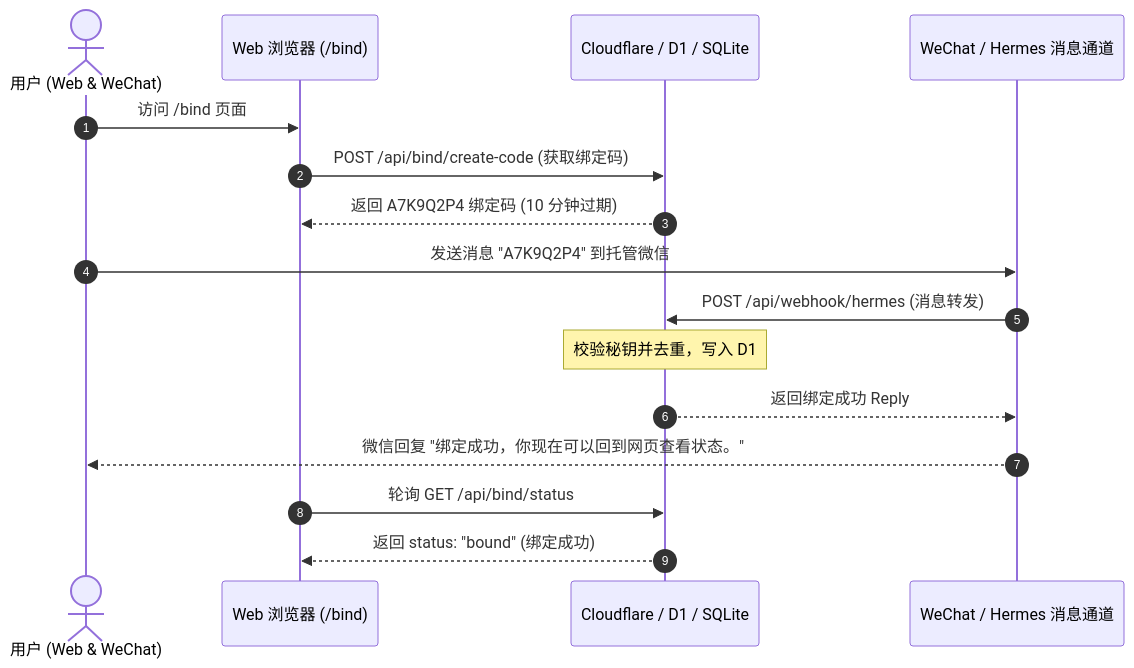
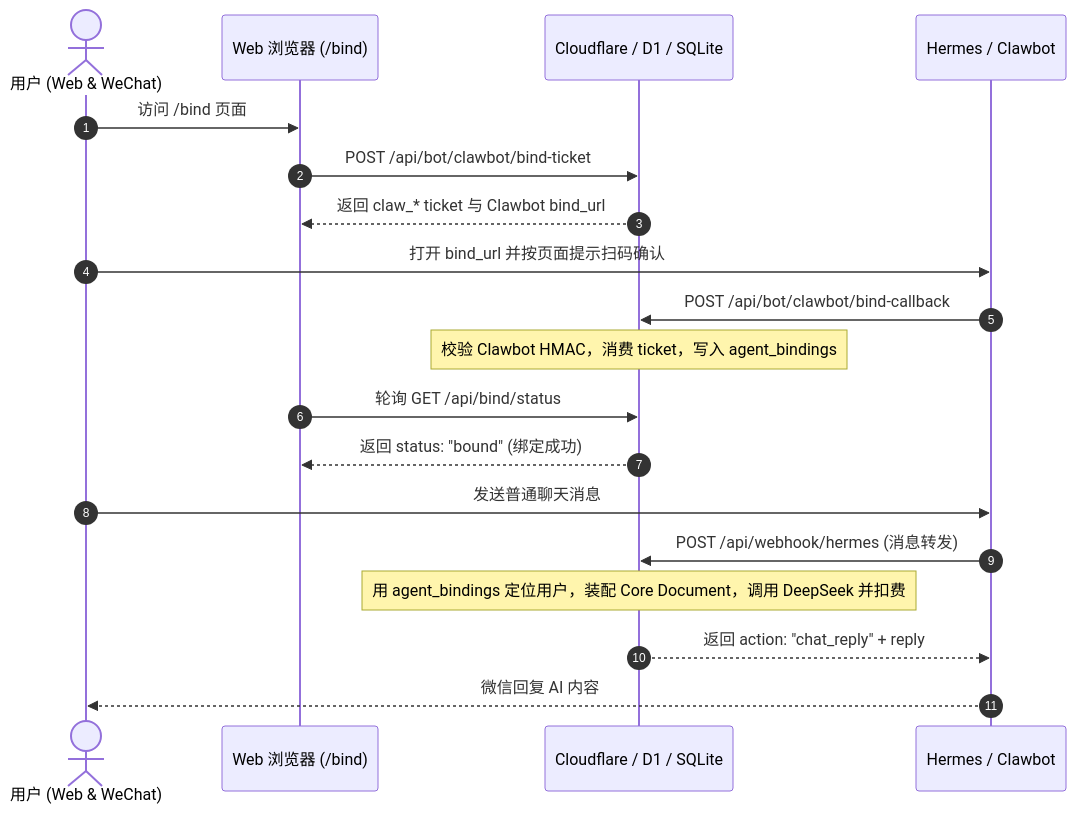
Before and after one commit to tii-mom/xiaowangzi: the diagram in docs/HERMES_BINDING_FLOW.md, drawn with Mermaid. The commit also changed other lines of this file and 41 other files, not shown here.

````diff
--- a/docs/HERMES_BINDING_FLOW.md
+++ b/docs/HERMES_BINDING_FLOW.md
@@ -9,19 +9,22 @@
 ```mermaid
 sequenceDiagram
     autonumber
     actor User as 用户 (Web & WeChat)
     participant Web as Web 浏览器 (/bind)
     participant CF as Cloudflare / D1 / SQLite
-    participant Hermes as WeChat / Hermes 消息通道
+    participant Clawbot as Hermes / Clawbot
 
     User->>Web: 访问 /bind 页面
-    Web->>CF: POST /api/bind/create-code (获取绑定码)
-    CF-->>Web: 返回 A7K9Q2P4 绑定码 (10 分钟过期)
-    User->>Hermes: 发送消息 "A7K9Q2P4" 到托管微信
-    Hermes->>CF: POST /api/webhook/hermes (消息转发)
-    Note over CF: 校验秘钥并去重，写入 D1
-    CF-->>Hermes: 返回绑定成功 Reply
-    Hermes-->>User: 微信回复 "绑定成功，你现在可以回到网页查看状态。"
+    Web->>CF: POST /api/bot/clawbot/bind-ticket
+    CF-->>Web: 返回 claw_* ticket 与 Clawbot bind_url
+    User->>Clawbot: 打开 bind_url 并按页面提示扫码确认
+    Clawbot->>CF: POST /api/bot/clawbot/bind-callback
+    Note over CF: 校验 Clawbot HMAC，消费 ticket，写入 agent_bindings
     Web->>CF: 轮询 GET /api/bind/status
     CF-->>Web: 返回 status: "bound" (绑定成功)
+    User->>Clawbot: 发送普通聊天消息
+    Clawbot->>CF: POST /api/webhook/hermes (消息转发)
+    Note over CF: 用 agent_bindings 定位用户，装配 Core Document，调用 DeepSeek 并扣费
+    CF-->>Clawbot: 返回 action: "chat_reply" + reply
+    Clawbot-->>User: 微信回复 AI 内容
 ```
````
